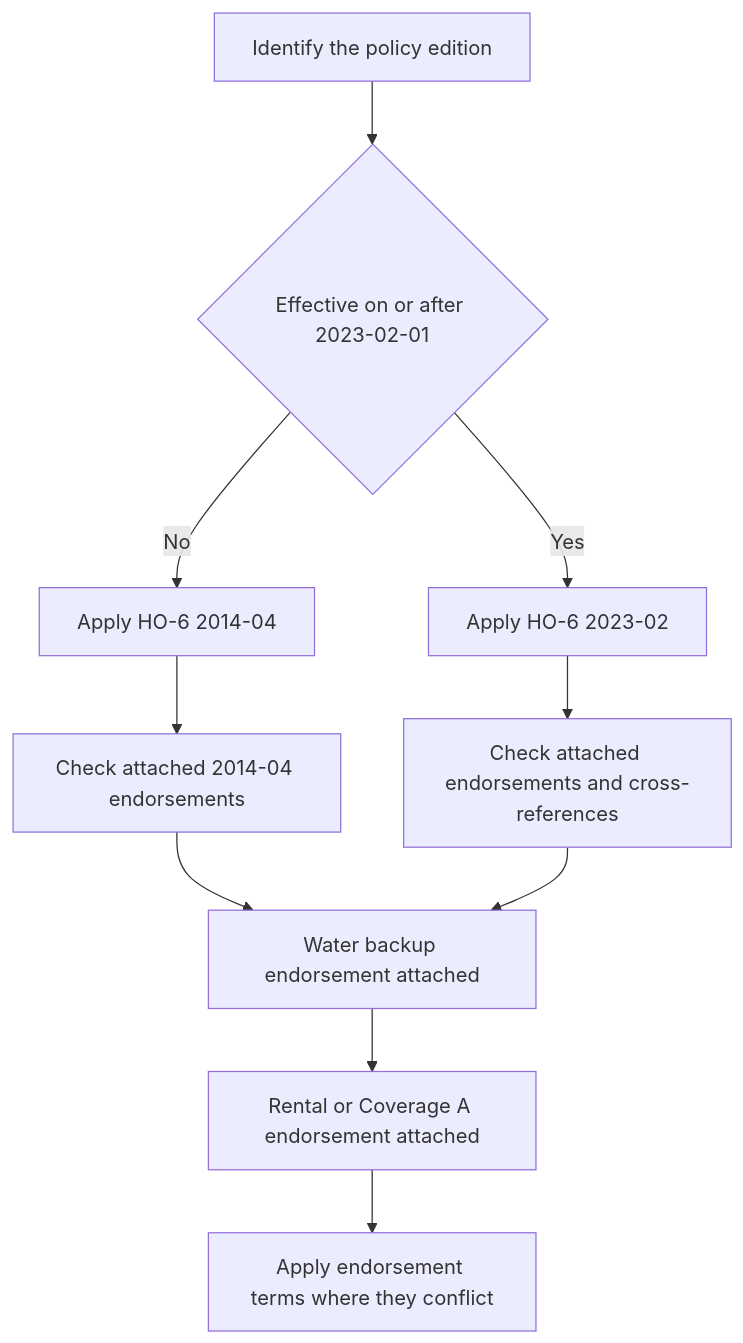
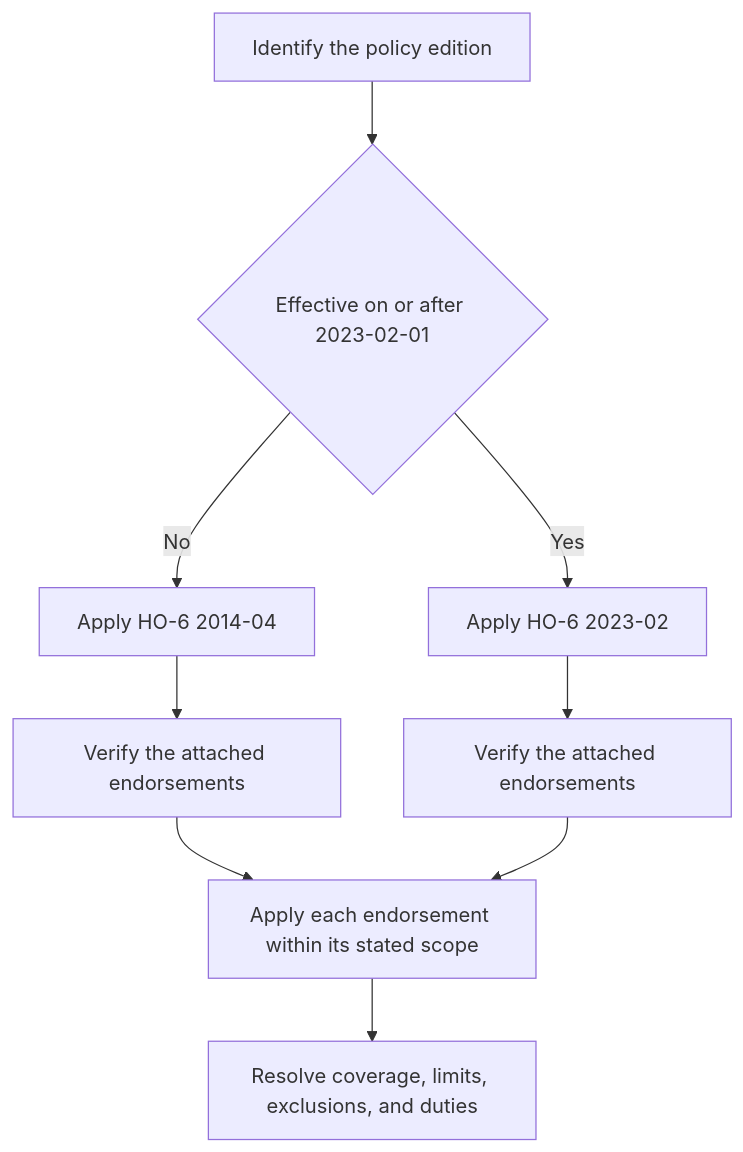
The diagram in openwiki/coverage/forms/ho-6.md (eugeneliu-86/openwiki-insurance-corpus), drawn with Mermaid before and after one commit. The commit also changed other lines of this file and 107 other files, not shown here.

````diff
--- a/openwiki/coverage/forms/ho-6.md
+++ b/openwiki/coverage/forms/ho-6.md
@@ -37,12 +37,11 @@
 ```mermaid
 flowchart TD
   Start["Identify the policy edition"] --> Cutoff{"Effective on or after 2023-02-01"}
   Cutoff -->|"No"| OldBase["Apply HO-6 2014-04"]
   Cutoff -->|"Yes"| NewBase["Apply HO-6 2023-02"]
-  OldBase --> Attach14["Check attached 2014-04 endorsements"]
-  NewBase --> Attach23["Check attached endorsements and cross-references"]
-  Attach14 --> Water["Water backup endorsement attached"]
-  Attach23 --> Water
-  Water --> Rental["Rental or Coverage A endorsement attached"]
-  Rental --> Resolve["Apply endorsement terms where they conflict"]
+  OldBase --> Attach14["Verify the attached endorsements"]
+  NewBase --> Attach23["Verify the attached endorsements"]
+  Attach14 --> Apply["Apply each endorsement within its stated scope"]
+  Attach23 --> Apply
+  Apply --> Resolve["Resolve coverage, limits, exclusions, and duties"]
 ```
````
